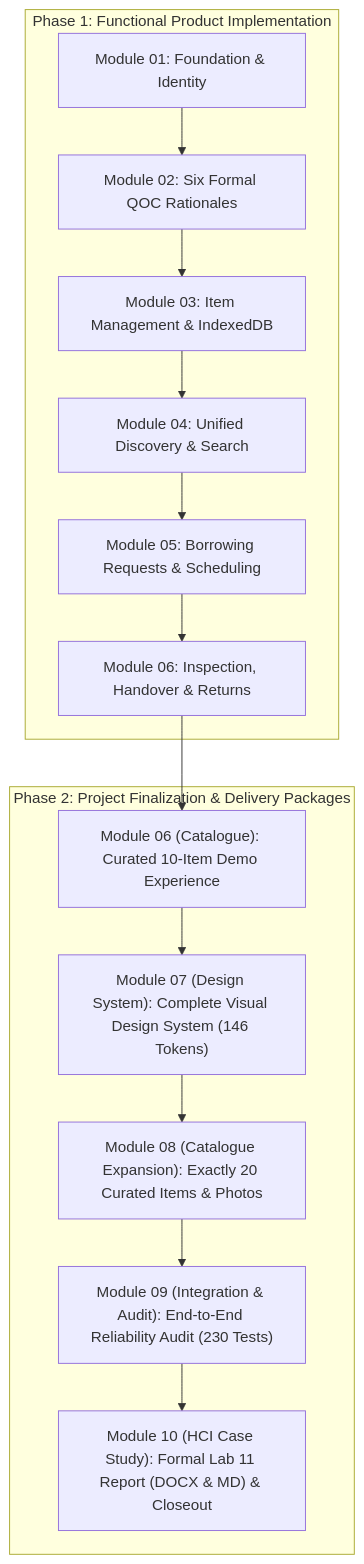
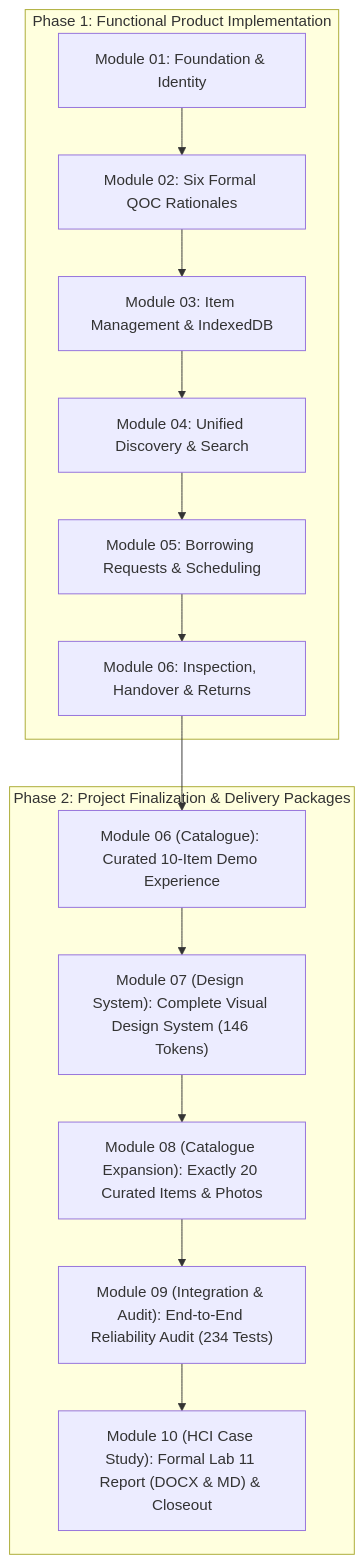
Before and after one commit to muhammadtaimoorajmal/BorrowNest: the diagram in docs/PROJECT_COMPLETION_REPORT.md, drawn with Mermaid. The commit also changed other lines of this file and 13 other files, not shown here.

````diff
--- a/docs/PROJECT_COMPLETION_REPORT.md
+++ b/docs/PROJECT_COMPLETION_REPORT.md
@@ -39,18 +39,18 @@
 ```mermaid
 flowchart TD
     subgraph Functional_Implementation["Phase 1: Functional Product Implementation"]
         M1["Module 01: Foundation & Identity"] --> M2["Module 02: Six Formal QOC Rationales"]
         M2 --> M3["Module 03: Item Management & IndexedDB"]
         M3 --> M4["Module 04: Unified Discovery & Search"]
         M4 --> M5["Module 05: Borrowing Requests & Scheduling"]
         M5 --> M6["Module 06: Inspection, Handover & Returns"]
     end
     
     subgraph Finalization_Hardening["Phase 2: Project Finalization & Delivery Packages"]
         M6 --> F6["Module 06 (Catalogue): Curated 10-Item Demo Experience"]
         F6 --> F7["Module 07 (Design System): Complete Visual Design System (146 Tokens)"]
         F7 --> F8["Module 08 (Catalogue Expansion): Exactly 20 Curated Items & Photos"]
-        F8 --> F9["Module 09 (Integration & Audit): End-to-End Reliability Audit (230 Tests)"]
+        F8 --> F9["Module 09 (Integration & Audit): End-to-End Reliability Audit (234 Tests)"]
         F9 --> F10["Module 10 (HCI Case Study): Formal Lab 11 Report (DOCX & MD) & Closeout"]
     end
 ```
````
